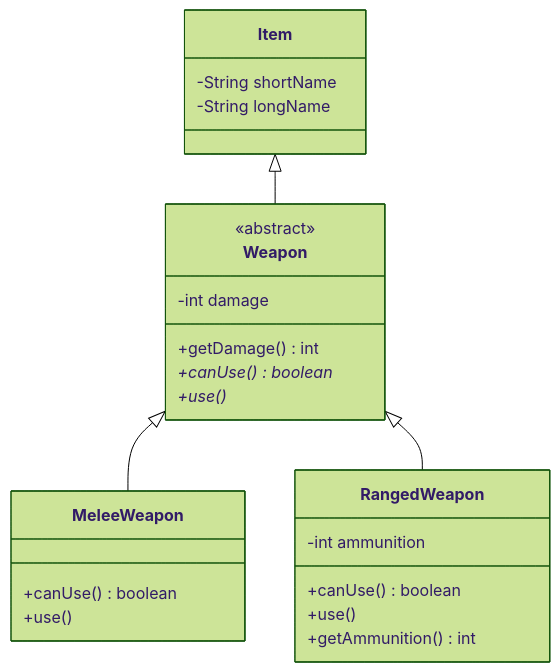
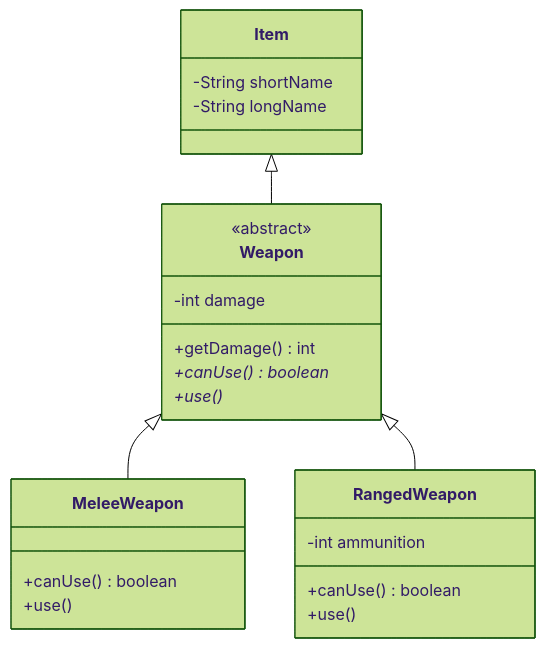
One commit to EK-DAT-GBG-1SEM-E26AB/DAT-GBG-DA-E26AB changed the diagram in 41/01_man_2026-10-05/README.md. Above: the diagram before and after it, drawn with Mermaid (forest theme). The commit also changed other lines of this file and 10 other files, not shown here.

````diff
--- a/41/01_man_2026-10-05/README.md
+++ b/41/01_man_2026-10-05/README.md
@@ -193,28 +189,27 @@
 ```mermaid
 classDiagram
     class Item {
         -String shortName
         -String longName
     }
     class Weapon {
         <<abstract>>
         -int damage
         +getDamage() int
         +canUse()* boolean
         +use()*
     }
     class MeleeWeapon {
         +canUse() boolean
         +use()
     }
     class RangedWeapon {
         -int ammunition
         +canUse() boolean
         +use()
-        +getAmmunition() int
     }
 
     Item <|-- Weapon
     Weapon <|-- MeleeWeapon
     Weapon <|-- RangedWeapon
 ```
````
